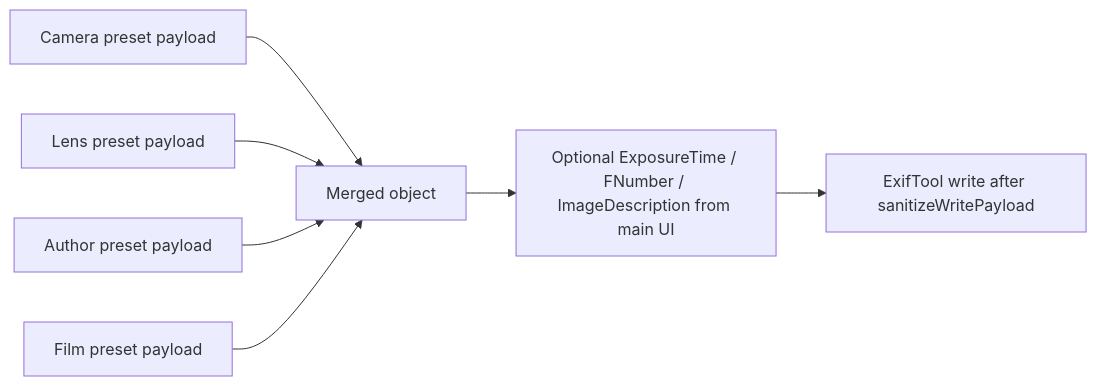
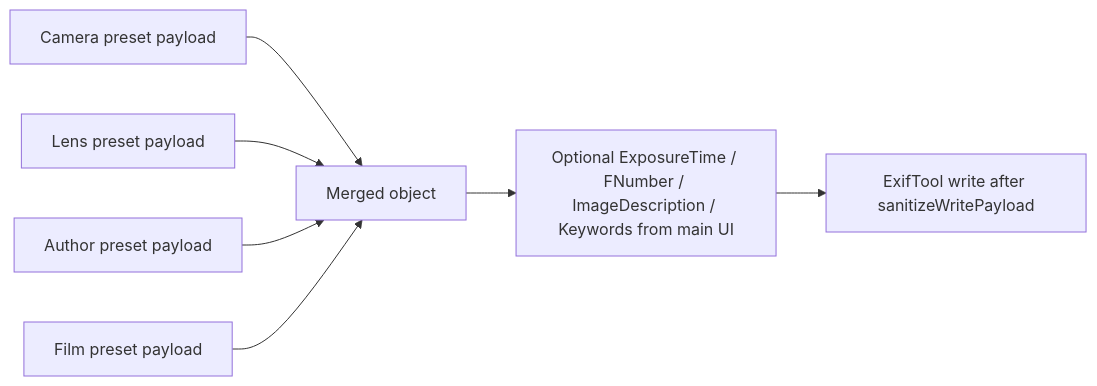
Before and after one commit to prettyoaktree/exifmod-electron: the diagram in docs/exif-preset-mapping.md, drawn with Mermaid. The commit also changed other lines of this file and 23 other files, not shown here.

````diff
--- a/docs/exif-preset-mapping.md
+++ b/docs/exif-preset-mapping.md
@@ -165,9 +172,9 @@
 ```mermaid
 flowchart LR
   C[Camera preset payload] --> M[Merged object]
   L[Lens preset payload] --> M
   A[Author preset payload] --> M
   F[Film preset payload] --> M
-  M --> S[Optional ExposureTime / FNumber / ImageDescription from main UI]
+  M --> S[Optional ExposureTime / FNumber / ImageDescription / Keywords from main UI]
   S --> W[ExifTool write after sanitizeWritePayload]
 ```
````
